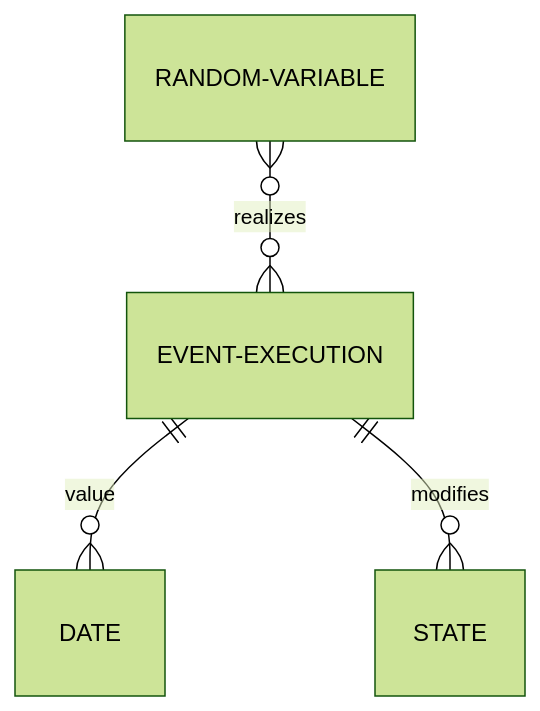
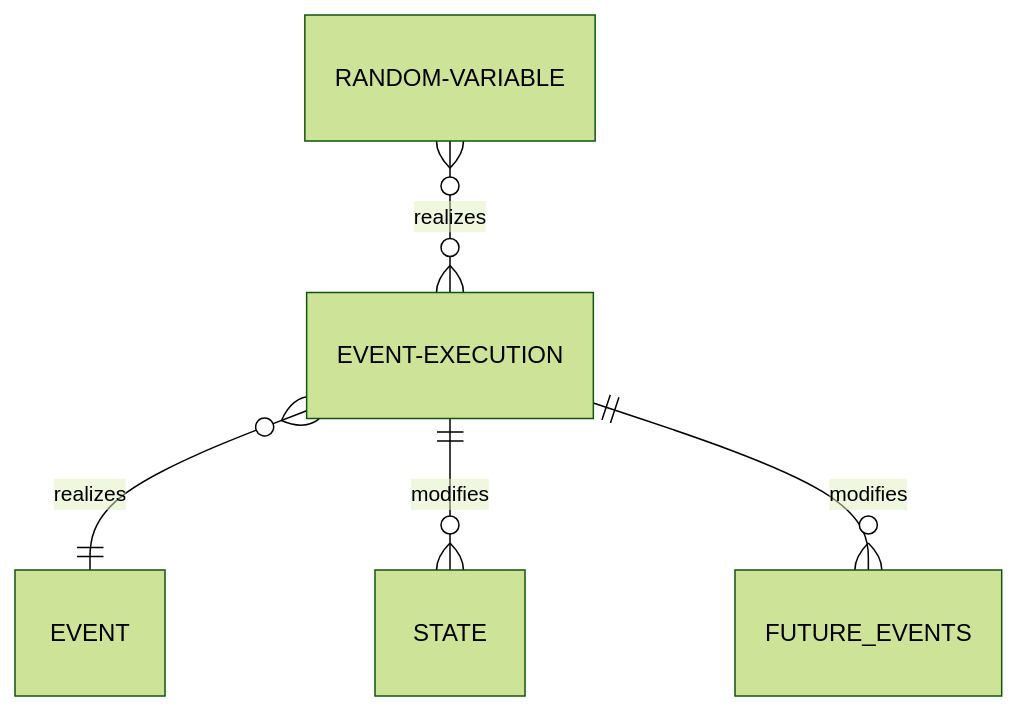
Before and after one commit to hephaistox/automaton-simulation-de: the diagram in docs/archi/event_execution.mermaid, drawn with Mermaid (forest theme). The commit also changed 44 other files, not shown here.

```diff
--- a/docs/archi/event_execution.mermaid
+++ b/docs/archi/event_execution.mermaid
@@ -1,4 +1,5 @@
 erDiagram
    	RANDOM-VARIABLE o{--o{ EVENT-EXECUTION : "realizes"
-    EVENT-EXECUTION ||--o{ DATE : value
-    EVENT-EXECUTION ||--o{ STATE : modifies
+   	EVENT-EXECUTION o{--|| EVENT : "realizes"
+    EVENT-EXECUTION ||--o{ STATE : "modifies"
+    EVENT-EXECUTION ||--o{ FUTURE_EVENTS : "modifies"
```
